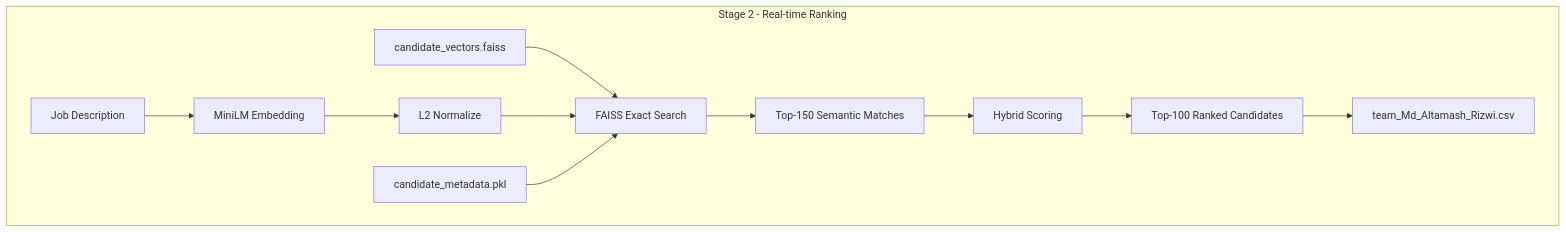
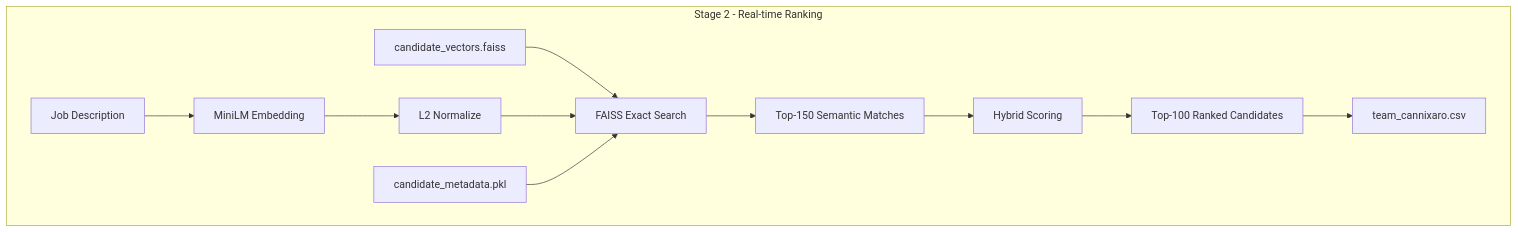
The second of 9 diagrams in README.md (rizzz-altamash/Apex-Recruiter-AI), drawn with Mermaid before and after one commit. The commit also changed other lines of this file, not shown here.

````diff
--- a/README.md
+++ b/README.md
@@ -221,20 +223,20 @@
 ```mermaid
 flowchart TD
 
 subgraph Online["Stage 2 - Real-time Ranking"]
 
 A["Job Description"] --> B["MiniLM Embedding"]
 B --> C["L2 Normalize"]
 
 D["candidate_vectors.faiss"] --> F["FAISS Exact Search"]
 C --> F
 E["candidate_metadata.pkl"] --> F
 
 
 F --> G["Top-150 Semantic Matches"]
 G --> H["Hybrid Scoring"]
 H --> I["Top-100 Ranked Candidates"]
-I --> J["team_Md_Altamash_Rizwi.csv"]
+I --> J["team_cannixaro.csv"]
 
 end
 ```
````
